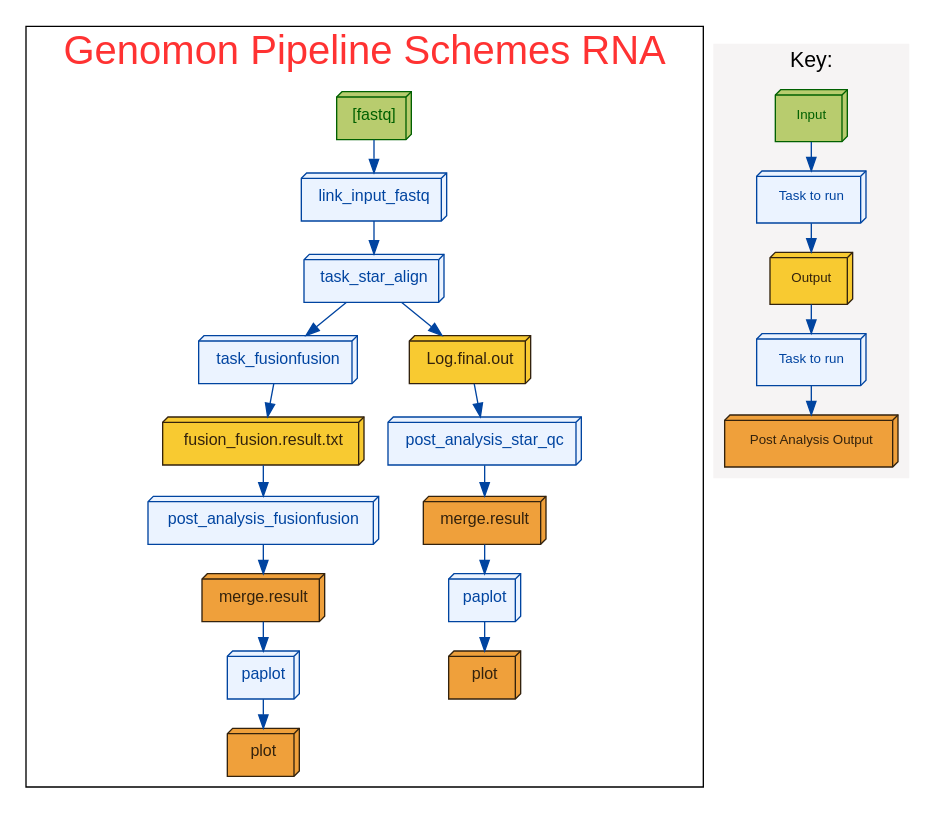
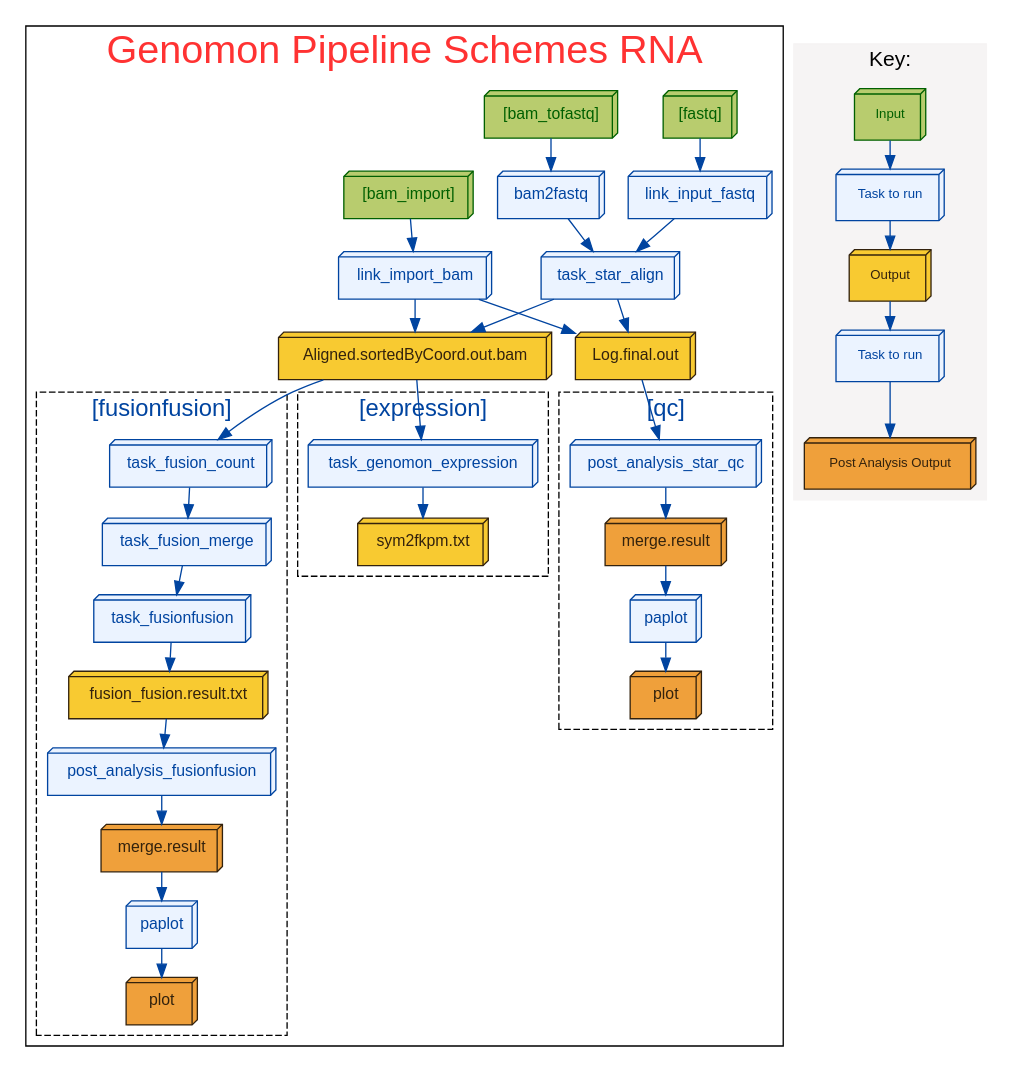
Before and after one commit to Genomon-Project/genomon-docs: the diagram in dot/genomon_rna.dot, drawn with Graphviz.

Commit message:
modify rna pipeline for Genomon2.4.0

```diff
--- a/dot/genomon_rna.dot
+++ b/dot/genomon_rna.dot
@@ -1,91 +1,174 @@
 digraph "Genomon Pipeline Schemes RNA"
 {
 	size = "11";
 	splines = true;
 	fontsize = "30";
 	ranksep = 0.3;
 	node[fontname = "helvetica", fontsize="12"];
 	graph[clusterrank = "local"];
 	
 	subgraph clustertasks
 	{
 		rank="min";
 		fontname = "helvetica"
 		fontcolor = "#FF3232";
 		label = "Genomon Pipeline Schemes RNA";
 
 		#### nodes
 		# input
-		t_input_fastq         [color="#006000", fillcolor="#B8CC6E", fontcolor="#006000", label="[fastq]", shape=box3d, style=filled];
-
+		t_input_bam2fastq   [color="#006000", fillcolor="#B8CC6E", fontcolor="#006000", shape=box3d, style=filled, label="[bam_tofastq]"];
+		t_input_fastq         [color="#006000", fillcolor="#B8CC6E", fontcolor="#006000", shape=box3d, style=filled, label="[fastq]"];
+		t_input_bamimport     [color="#006000", fillcolor="#B8CC6E", fontcolor="#006000", shape=box3d, style=filled, label="[bam_import]"];
+		
 		# stage
+		t_bam2fastq           [color="#0044A0", fillcolor="#EBF3FF", fontcolor="#0044A0", shape=box3d, style=filled, label="bam2fastq"];
+		t_link_import_bam     [color="#0044A0", fillcolor="#EBF3FF", fontcolor="#0044A0", shape=box3d, style=filled, label="link_import_bam"];
 		t_link_input_fastq    [color="#0044A0", fillcolor="#EBF3FF", fontcolor="#0044A0", shape=box3d, style=filled, label="link_input_fastq"];
 		t_star                [color="#0044A0", fillcolor="#EBF3FF", fontcolor="#0044A0", shape=box3d, style=filled, label="task_star_align"];
-		t_fusion              [color="#0044A0", fillcolor="#EBF3FF", fontcolor="#0044A0", shape=box3d, style=filled, label="task_fusionfusion"];
-
-		t_pa_starqc           [color="#0044A0", fillcolor="#EBF3FF", fontcolor="#0044A0", shape=box3d, style=filled, label="post_analysis_star_qc"];
-		t_paplot_starqc       [color="#0044A0", fillcolor="#EBF3FF", fontcolor="#0044A0", shape=box3d, style=filled, label="paplot"];
-		t_pa_ff               [color="#0044A0", fillcolor="#EBF3FF", fontcolor="#0044A0", shape=box3d, style=filled, label="post_analysis_fusionfusion"];
-		t_paplot_ff           [color="#0044A0", fillcolor="#EBF3FF", fontcolor="#0044A0", shape=box3d, style=filled, label="paplot"];
 		
 		# output
-		## ff
-		t_output_fusion       [color="#33220D", fillcolor="#F8CA31", fontcolor="#33220D", shape=box3d, style=filled, label="fusion_fusion.result.txt"];
-		t_output_pa_ff        [color="#33220D", fillcolor="#EFA03B", fontcolor="#33220D", shape=box3d, style=filled, label="merge.result"];
-		t_output_paplot_ff    [color="#33220D", fillcolor="#EFA03B", fontcolor="#33220D", shape=box3d, style=filled, label="plot"];
-		
-		## star qc
+		t_output_star         [color="#33220D", fillcolor="#F8CA31", fontcolor="#33220D", shape=box3d, style=filled, label="Aligned.sortedByCoord.out.bam"];
 		t_output_starqc       [color="#33220D", fillcolor="#F8CA31", fontcolor="#33220D", shape=box3d, style=filled, label="Log.final.out"];
-		t_output_pa_starqc    [color="#33220D", fillcolor="#EFA03B", fontcolor="#33220D", shape=box3d, style=filled, label="merge.result"];
-		t_output_paplot_starqc[color="#33220D", fillcolor="#EFA03B", fontcolor="#33220D", shape=box3d, style=filled, label="plot"];
-		
 		
 		#### lines
+		# input
+		t_input_bam2fastq -> t_bam2fastq[color="#0044A0"];
 		t_input_fastq -> t_link_input_fastq[color="#0044A0"];
+		t_input_bamimport -> t_link_import_bam[color="#0044A0"];
+		
+		# stage
+		t_bam2fastq -> t_star[color="#0044A0"];
 		t_link_input_fastq -> t_star[color="#0044A0"];
-		t_star -> t_fusion[color="#0044A0"];
 		
-		# output
-		t_fusion -> t_output_fusion[color="#0044A0"];
+		t_star -> t_output_star[color="#0044A0"];
 		t_star -> t_output_starqc[color="#0044A0"];
+		t_link_import_bam -> t_output_star[color="#0044A0"];
+		t_link_import_bam -> t_output_starqc[color="#0044A0"];
 		
-		# post_analysis
-		## ff
-		t_output_fusion -> t_pa_ff[color="#0044A0"];
-		t_pa_ff -> t_output_pa_ff[color="#0044A0"];
-		
-		## star qc
+		t_output_star -> t_fusion_c[color="#0044A0"];
+		t_output_star -> t_expression[color="#0044A0"];
 		t_output_starqc -> t_pa_starqc[color="#0044A0"];
-		t_pa_starqc -> t_output_pa_starqc[color="#0044A0"];
+	
+		subgraph clustertasks_fusion
+		{
+			rank="min";
+			fontname = "helvetica";
+			fontcolor = "#0044A0";
+			fontsize = "18";
+			label = " [fusionfusion]";
+			style = dashed;
 
-		# paplot
-		## ff
-		t_output_pa_ff -> t_paplot_ff[color="#0044A0"];
-		t_paplot_ff -> t_output_paplot_ff[color="#0044A0"];
-		
-		## star qc
-		t_output_pa_starqc -> t_paplot_starqc[color="#0044A0"];
-		t_paplot_starqc -> t_output_paplot_starqc[color="#0044A0"];
+			#### nodes
+			t_fusion_c            [color="#0044A0", fillcolor="#EBF3FF", fontcolor="#0044A0", shape=box3d, style=filled, label="task_fusion_count"];
+			t_fusion_m            [color="#0044A0", fillcolor="#EBF3FF", fontcolor="#0044A0", shape=box3d, style=filled, label="task_fusion_merge"];
+			t_fusion              [color="#0044A0", fillcolor="#EBF3FF", fontcolor="#0044A0", shape=box3d, style=filled, label="task_fusionfusion"];
+			t_pa_ff               [color="#0044A0", fillcolor="#EBF3FF", fontcolor="#0044A0", shape=box3d, style=filled, label="post_analysis_fusionfusion"];
+			t_paplot_ff           [color="#0044A0", fillcolor="#EBF3FF", fontcolor="#0044A0", shape=box3d, style=filled, label="paplot"];
+			
+			# output
+			t_output_fusion       [color="#33220D", fillcolor="#F8CA31", fontcolor="#33220D", shape=box3d, style=filled, label="fusion_fusion.result.txt"];
+			t_output_pa_ff        [color="#33220D", fillcolor="#EFA03B", fontcolor="#33220D", shape=box3d, style=filled, label="merge.result"];
+			t_output_paplot_ff    [color="#33220D", fillcolor="#EFA03B", fontcolor="#33220D", shape=box3d, style=filled, label="plot"];
+
+			#### lines
+			# stage
+			t_fusion_c -> t_fusion_m[color="#0044A0"];
+			t_fusion_m -> t_fusion[color="#0044A0"];
+			
+			# output
+			t_fusion -> t_output_fusion[color="#0044A0"];
+
+			# post_analysis
+			t_output_fusion -> t_pa_ff[color="#0044A0"];
+			t_pa_ff -> t_output_pa_ff[color="#0044A0"];
+
+			# paplot
+			t_output_pa_ff -> t_paplot_ff[color="#0044A0"];
+			t_paplot_ff -> t_output_paplot_ff[color="#0044A0"];
+		}
+
+		subgraph clustertasks_expression
+		{
+			rank="min";
+			fontname = "helvetica";
+			fontcolor = "#0044A0";
+			fontsize = "18";
+			label = " [expression]";
+			style = dashed;
+
+			#### nodes
+			# nodes
+			t_expression              [color="#0044A0", fillcolor="#EBF3FF", fontcolor="#0044A0", shape=box3d, style=filled, label="task_genomon_expression"];
+			#t_pa_expression           [color="#0044A0", fillcolor="#EBF3FF", fontcolor="#0044A0", shape=box3d, style=filled, label="post_analysis_expression"];
+			#t_paplot_expression       [color="#0044A0", fillcolor="#EBF3FF", fontcolor="#0044A0", shape=box3d, style=filled, label="paplot"];
+			
+			# output
+			t_output_expression       [color="#33220D", fillcolor="#F8CA31", fontcolor="#33220D", shape=box3d, style=filled, label="sym2fkpm.txt"];
+			#t_output_pa_expression    [color="#33220D", fillcolor="#EBF3FF", fontcolor="#33220D", shape=box3d, style=filled, label="merge.result"];
+			#t_output_paplot_expression[color="#33220D", fillcolor="#EBF3FF", fontcolor="#33220D", shape=box3d, style=filled, label="plot"];
+			
+
+			#### lines
+			# stage
+			t_expression -> t_output_expression[color="#0044A0"];
+			
+			# post_analysis
+			#t_output_expression -> t_pa_expression[color="#0044A0"];
+			#t_pa_expression -> t_output_pa_expression[color="#0044A0"];
+
+			# paplot
+			#t_output_pa_expression -> t_paplot_expression[color="#0044A0"];
+			#t_paplot_expression -> t_output_paplot_expression[color="#0044A0"];
+		}
+
+		subgraph clustertasks_starqc
+		{
+			rank="min";
+			fontname = "helvetica";
+			fontcolor = "#0044A0";
+			fontsize = "18";
+			label = " [qc]";
+			style = dashed;
+
+			#### nodes
+			# nodes
+			t_pa_starqc           [color="#0044A0", fillcolor="#EBF3FF", fontcolor="#0044A0", shape=box3d, style=filled, label="post_analysis_star_qc"];
+			t_paplot_starqc       [color="#0044A0", fillcolor="#EBF3FF", fontcolor="#0044A0", shape=box3d, style=filled, label="paplot"];
+			
+			# output
+			t_output_pa_starqc    [color="#33220D", fillcolor="#EFA03B", fontcolor="#33220D", shape=box3d, style=filled, label="merge.result"];
+			t_output_paplot_starqc[color="#33220D", fillcolor="#EFA03B", fontcolor="#33220D", shape=box3d, style=filled, label="plot"];
+			
+
+			#### lines
+			# post_analysis
+			t_pa_starqc -> t_output_pa_starqc[color="#0044A0"];
+
+			# paplot
+			t_output_pa_starqc -> t_paplot_starqc[color="#0044A0"];
+			t_paplot_starqc -> t_output_paplot_starqc[color="#0044A0"];
+		}
 	}
+	
 	subgraph clusterkey1
 	{
 		rank = "min";
 		style  = filled;
 		
 		fontname = "helvetica"
 		fontsize = 16;
 		color = "#F6F4F4";
 		label = "Key:"
 
 		node[margin="0.2,0.2", fontname = "helvetica", fontsize="10"];
 		k1_1[color="#006000", fillcolor="#B8CC6E", fontcolor="#006000", label="Input", shape=box3d, style=filled];
 		k2_1[color="#0044A0", fillcolor="#EBF3FF", fontcolor="#0044A0", label="Task to run", shape=box3d, style=filled];
 		k3_1[color="#33220D", fillcolor="#F8CA31", fontcolor="#33220D", label="Output", shape=box3d, style=filled];
 		k4_1[color="#0044A0", fillcolor="#EBF3FF", fontcolor="#0044A0", label="Task to run", shape=box3d, style=filled];
 		k5_1[color="#33220D", fillcolor="#EFA03B", fontcolor="#33220D", label="Post Analysis Output", shape=box3d, style=filled];
 		k1_1 -> k2_1[color="#0044A0", arrowtype=normal];
 		k2_1 -> k3_1[color="#0044A0", arrowtype=normal];
 		k3_1 -> k4_1[color="#0044A0", arrowtype=normal];
 		k4_1 -> k5_1[color="#0044A0", arrowtype=normal];
 	}
 }
```
